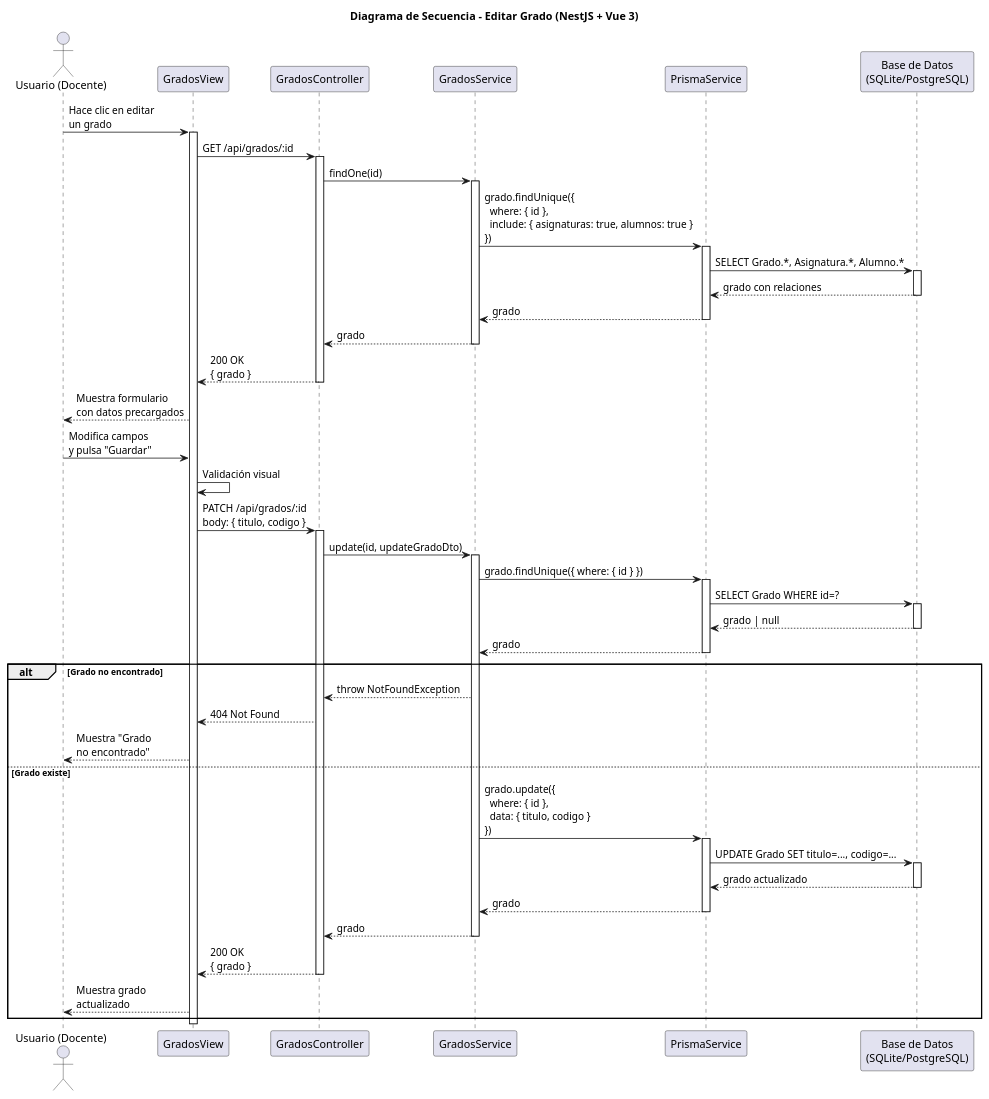
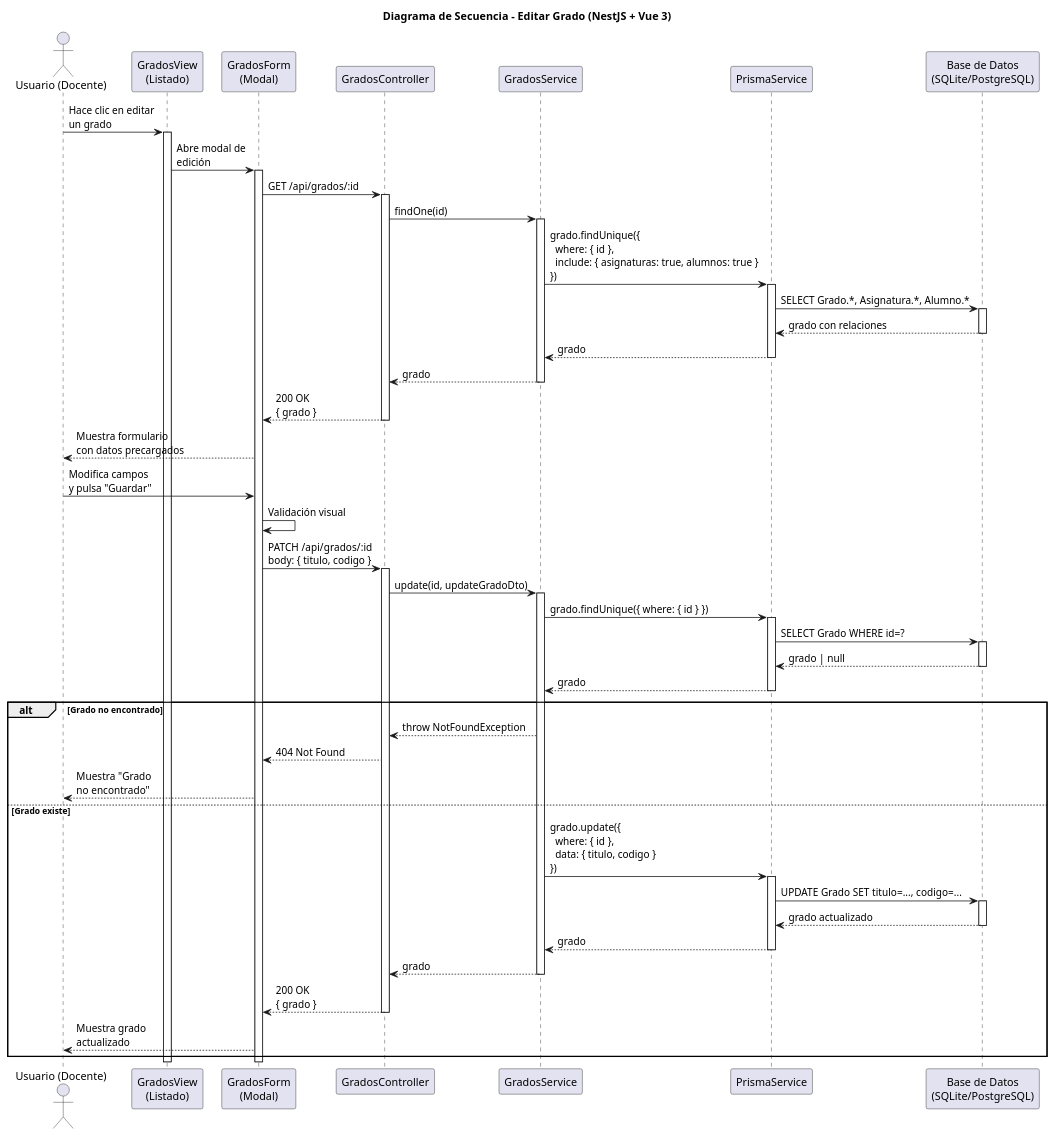
Before and after one commit to marcosgutierrez6/25-26-idsw2-sdVC: the diagram in documents/diseño/editarGrado/README.md, drawn with PlantUML. The commit also changed other lines of this file and 40 other files, not shown here.

Commit message:
fix: Corrección en los diagramas de diseño separación entre vistas y formularios

````diff
--- a/documents/diseño/editarGrado/README.md
+++ b/documents/diseño/editarGrado/README.md
@@ -30,75 +30,80 @@
 ```plantuml
 @startuml
 title Diagrama de Secuencia - Editar Grado (NestJS + Vue 3)
 
 actor "Usuario (Docente)" as User
-participant "GradosView" as FE
+participant "GradosView\n(Listado)" as List
+participant "GradosForm\n(Modal)" as Form
 participant "GradosController" as Controller
 participant "GradosService" as Service
 participant "PrismaService" as Prisma
 participant "Base de Datos\n(SQLite/PostgreSQL)" as DB
 
-User -> FE: Hace clic en editar\nun grado
-activate FE
+User -> List: Hace clic en editar\nun grado
+activate List
 
-FE -> Controller: GET /api/grados/:id
+List -> Form: Abre modal de\nedición
+activate Form
+
+Form -> Controller: GET /api/grados/:id
 activate Controller
 Controller -> Service: findOne(id)
 activate Service
 Service -> Prisma: grado.findUnique({\n  where: { id },\n  include: { asignaturas: true, alumnos: true }\n})
 activate Prisma
 Prisma -> DB: SELECT Grado.*, Asignatura.*, Alumno.*
 activate DB
 DB --> Prisma: grado con relaciones
 deactivate DB
 Prisma --> Service: grado
 deactivate Prisma
 Service --> Controller: grado
 deactivate Service
-Controller --> FE: 200 OK\n{ grado }
+Controller --> Form: 200 OK\n{ grado }
 deactivate Controller
 
-FE --> User: Muestra formulario\ncon datos precargados
+Form --> User: Muestra formulario\ncon datos precargados
 
-User -> FE: Modifica campos\ny pulsa "Guardar"
-FE -> FE: Validación visual
+User -> Form: Modifica campos\ny pulsa "Guardar"
+Form -> Form: Validación visual
 
-FE -> Controller: PATCH /api/grados/:id\nbody: { titulo, codigo }
+Form -> Controller: PATCH /api/grados/:id\nbody: { titulo, codigo }
 activate Controller
 Controller -> Service: update(id, updateGradoDto)
 activate Service
 
 Service -> Prisma: grado.findUnique({ where: { id } })
 activate Prisma
 Prisma -> DB: SELECT Grado WHERE id=?
 activate DB
 DB --> Prisma: grado | null
 deactivate DB
 Prisma --> Service: grado
 deactivate Prisma
 
 alt Grado no encontrado
   Service --> Controller: throw NotFoundException
-  Controller --> FE: 404 Not Found
-  FE --> User: Muestra "Grado\nno encontrado"
+  Controller --> Form: 404 Not Found
+  Form --> User: Muestra "Grado\nno encontrado"
 else Grado existe
   Service -> Prisma: grado.update({\n  where: { id },\n  data: { titulo, codigo }\n})
   activate Prisma
   Prisma -> DB: UPDATE Grado SET titulo=..., codigo=...
   activate DB
   DB --> Prisma: grado actualizado
   deactivate DB
   Prisma --> Service: grado
   deactivate Prisma
 
   Service --> Controller: grado
   deactivate Service
-  Controller --> FE: 200 OK\n{ grado }
+  Controller --> Form: 200 OK\n{ grado }
   deactivate Controller
-  FE --> User: Muestra grado\nactualizado
+  Form --> User: Muestra grado\nactualizado
 end
 
-deactivate FE
+deactivate Form
+deactivate List
 
 @enduml
 ```
````
